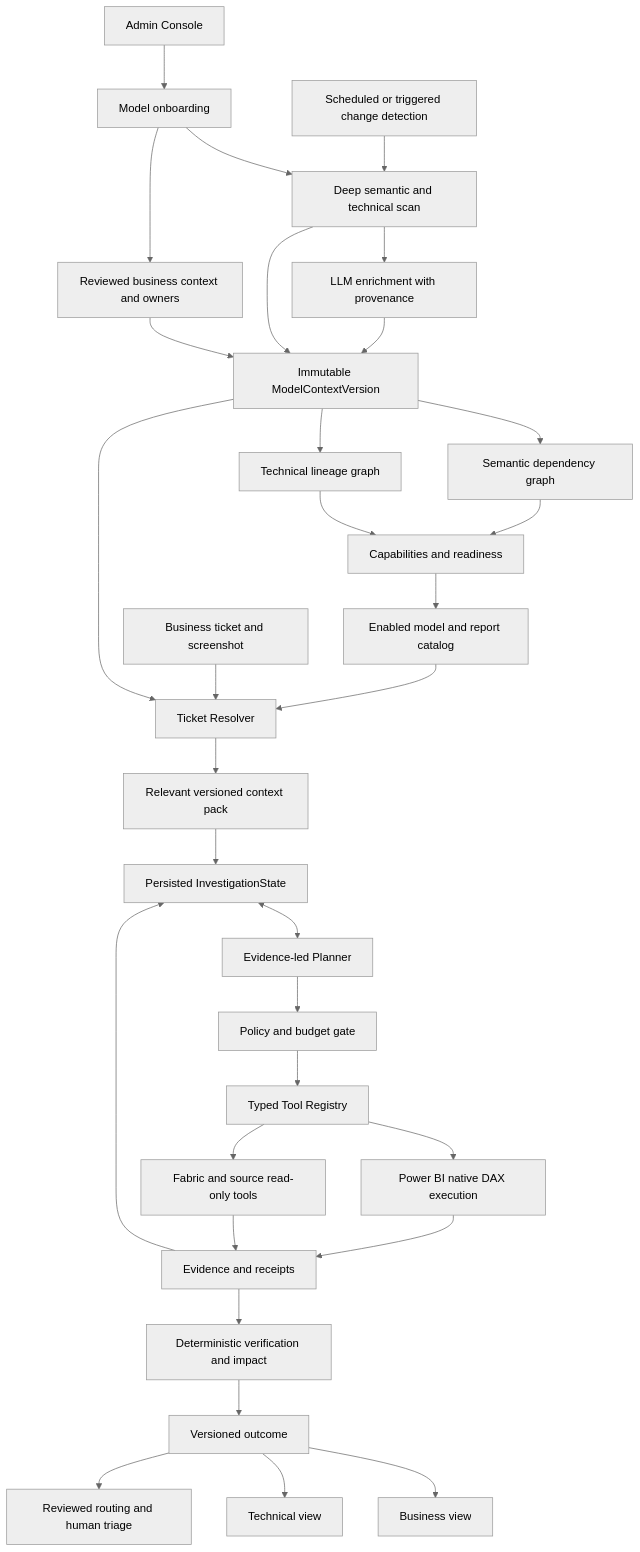
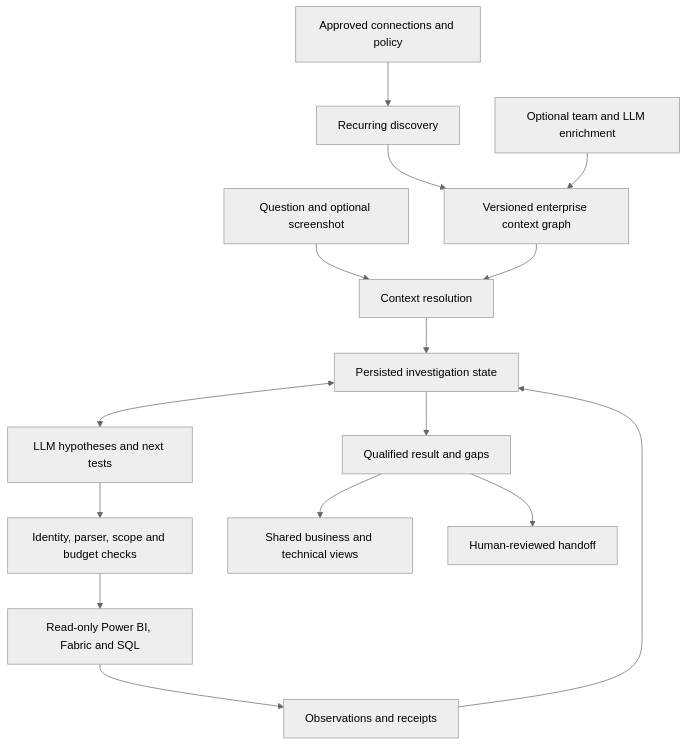
One commit to bcsnpc/data-investigation-agent changed the diagram in docs/architecture/README.md. Above: the diagram before and after it, drawn with Mermaid (neutral theme). The commit also changed other lines of this file and 27 other files, not shown here.

First line of the commit message:
Pivot architecture to self-discovering enterprise investigation (#194)

````diff
--- a/docs/architecture/README.md
+++ b/docs/architecture/README.md
@@ -45,34 +22,17 @@
 ```mermaid
 flowchart TD
-    Admin[Admin Console] --> Onboard[Model onboarding]
-    Onboard --> Scan[Deep semantic and technical scan]
-    Onboard --> Team[Reviewed business context and owners]
-    Scan --> Enrich[LLM enrichment with provenance]
-    Scan --> Context[Immutable ModelContextVersion]
-    Enrich --> Context
-    Team --> Context
-    Changes[Scheduled or triggered change detection] --> Scan
-    Context --> Semantic[Semantic dependency graph]
-    Context --> Lineage[Technical lineage graph]
-    Semantic --> Ready[Capabilities and readiness]
-    Lineage --> Ready
-    Ready --> Enabled[Enabled model and report catalog]
-    Ticket[Business ticket and screenshot] --> Resolver[Ticket Resolver]
-    Enabled --> Resolver
-    Context --> Resolver
-    Resolver --> Pack[Relevant versioned context pack]
-    Pack --> State[Persisted InvestigationState]
-    State <--> Planner[Evidence-led Planner]
-    Planner --> Policy[Policy and budget gate]
-    Policy --> Tools[Typed Tool Registry]
-    Tools --> PBI[Power BI native DAX execution]
-    Tools --> Data[Fabric and source read-only tools]
-    PBI --> Evidence[Evidence and receipts]
-    Data --> Evidence
+    Connect[Approved connections and policy] --> Scan[Recurring discovery]
+    Scan --> Graph[Versioned enterprise context graph]
+    Enrich[Optional team and LLM enrichment] --> Graph
+    Question[Question and optional screenshot] --> Resolve[Context resolution]
+    Graph --> Resolve
+    Resolve --> State[Persisted investigation state]
+    State <--> LLM[LLM hypotheses and next tests]
+    LLM --> Gate[Identity, parser, scope and budget checks]
+    Gate --> Tools[Read-only Power BI, Fabric and SQL]
+    Tools --> Evidence[Observations and receipts]
     Evidence --> State
-    Evidence --> Verify[Deterministic verification and impact]
-    Verify --> Outcome[Versioned outcome]
-    Outcome --> Business[Business view]
-    Outcome --> Technical[Technical view]
-    Outcome --> Review[Reviewed routing and human triage]
+    State --> Result[Qualified result and gaps]
+    Result --> Views[Shared business and technical views]
+    Result --> Review[Human-reviewed handoff]
 ```
````
